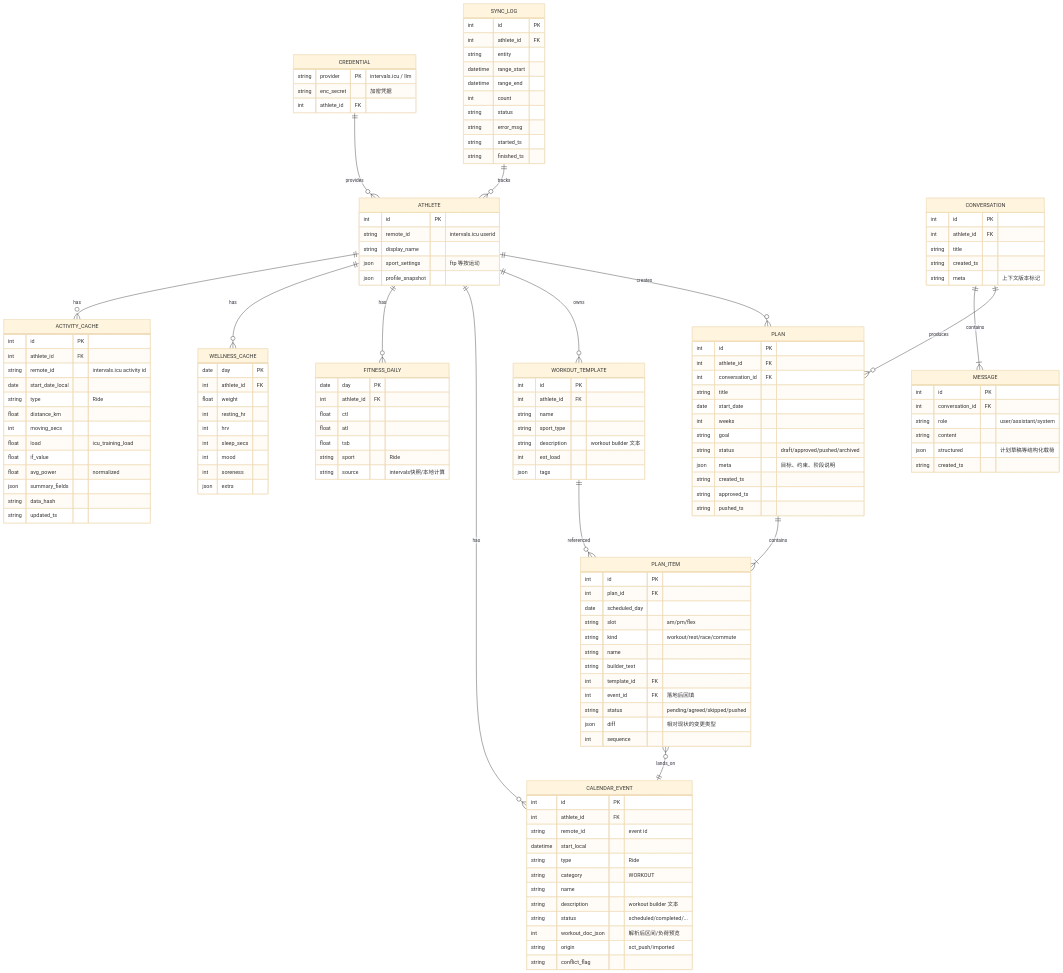
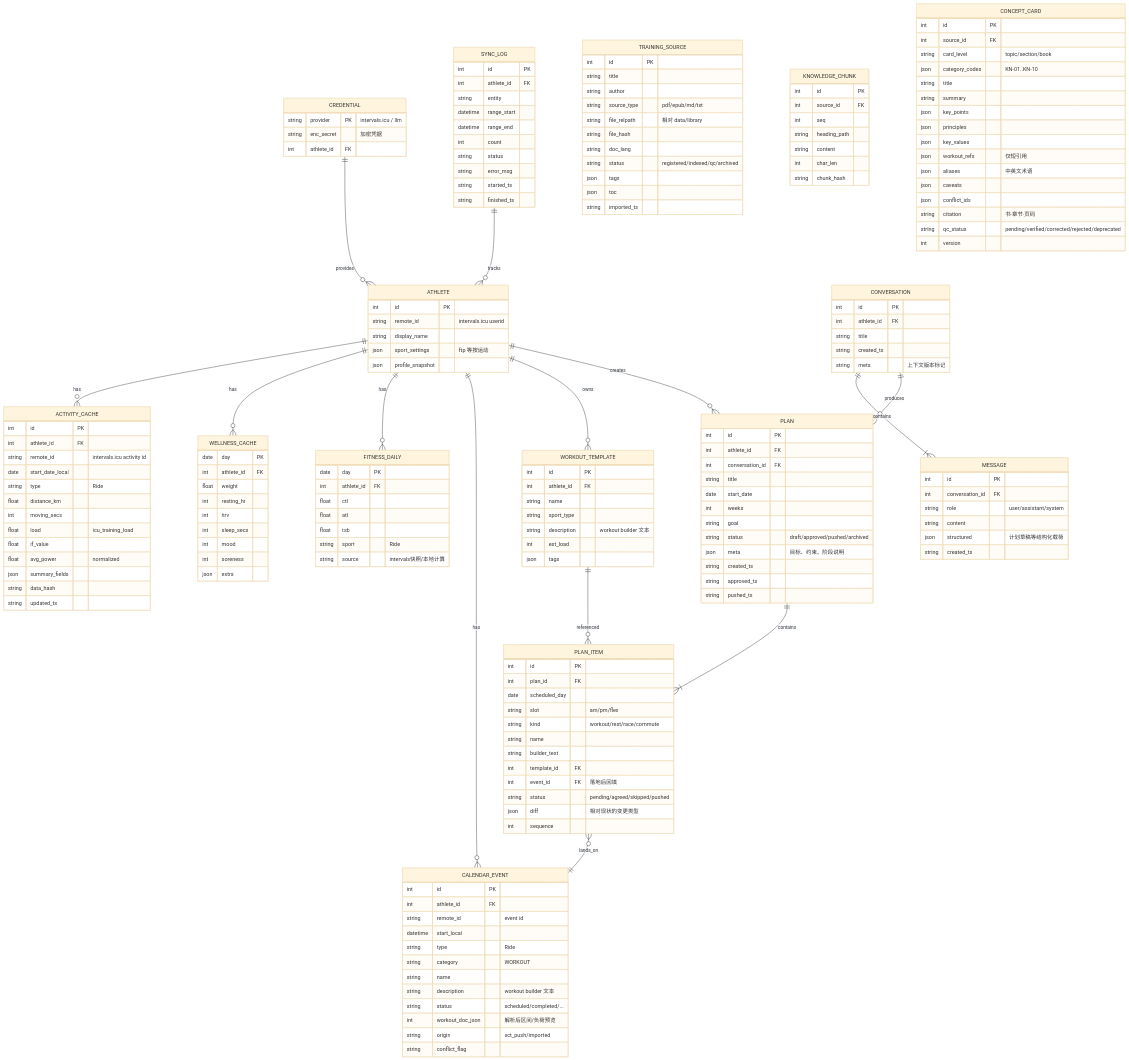
One commit to laihongyu-demo/SystematicCyclingTrainingSystem changed the fifth of 6 diagrams in 系统设计文档.md. Above: the diagram before and after it, drawn with Mermaid (base theme). The commit also changed other lines of this file and 2 other files, not shown here.

````diff
--- a/系统设计文档.md
+++ b/系统设计文档.md
@@ -486,4 +604,38 @@
     string content
     json structured "计划草稿等结构化载荷"
     string created_ts }
+    TRAINING_SOURCE { int id PK
+    string title
+    string author
+    string source_type "pdf/epub/md/txt"
+    string file_relpath "相对 data/library"
+    string file_hash
+    string doc_lang
+    string status "registered/indexed/qc/archived"
+    json tags
+    json toc
+    string imported_ts }
+    KNOWLEDGE_CHUNK { int id PK
+    int source_id FK
+    int seq
+    string heading_path
+    string content
+    int char_len
+    string chunk_hash }
+    CONCEPT_CARD { int id PK
+    int source_id FK
+    string card_level "topic/section/book"
+    json category_codes "KN-01..KN-10"
+    string title
+    string summary
+    json key_points
+    json principles
+    json key_values
+    json workout_refs "仅短引用"
+    json aliases "中英文术语"
+    json caveats
+    json conflict_ids
+    string citation "书·章节·页码"
+    string qc_status "pending/verified/corrected/rejected/deprecated"
+    int version }
 ```
````
